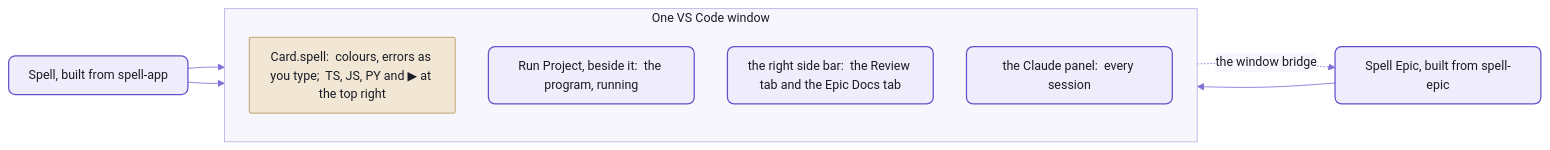
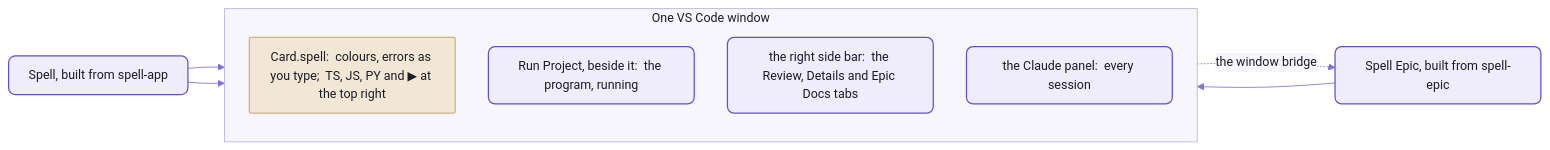
One commit to spell-app/spell changed the first of 2 diagrams in README-vscode.md. Above: the diagram before and after it, drawn with Mermaid. The commit also changed other lines of this file and 29 other files, not shown here.

````diff
--- a/README-vscode.md
+++ b/README-vscode.md
@@ -135,19 +135,19 @@
 ```mermaid
 %%{init: {"theme":"base","themeVariables":{"fontFamily":"-apple-system, BlinkMacSystemFont, Segoe UI, Helvetica, Arial, sans-serif","fontSize":"15px","primaryColor":"#EFECFB","primaryBorderColor":"#6550CA","primaryTextColor":"#1A1C27","secondaryColor":"#F4F1E9","tertiaryColor":"#F7F6FC","lineColor":"#7F6FD6","textColor":"#7F6FD6","clusterBkg":"#F7F6FC","clusterBorder":"#B9B0E8","titleColor":"#1A1C27","edgeLabelBackground":"#F7F6FC","actorBkg":"#EFECFB","actorBorder":"#6550CA","actorTextColor":"#1A1C27","actorLineColor":"#9C90DE","signalColor":"#7F6FD6","signalTextColor":"#7F6FD6","labelBoxBkgColor":"#EFECFB","labelBoxBorderColor":"#6550CA","labelTextColor":"#1A1C27","loopTextColor":"#7F6FD6","noteBkgColor":"#F1E7D4","noteBorderColor":"#C9B48A","noteTextColor":"#1A1C27","activationBkgColor":"#DCD6F7","activationBorderColor":"#6550CA","sequenceNumberColor":"#FFFFFF"},"flowchart":{"curve":"basis","padding":12,"nodeSpacing":40,"rankSpacing":44}}}%%
 flowchart LR
   subgraph window["One VS Code window"]
     direction TB
     file["Card.spell:  colours, errors as you type;  TS, JS, PY and ▶ at the top right"]
     run["Run Project, beside it:  the program, running"]
-    bar["the right side bar:  the Review tab and the Epic Docs tab"]
+    bar["the right side bar:  the Review, Details and Epic Docs tabs"]
     claude["the Claude panel:  every session"]
   end
   spell["Spell, built from spell-app"] --> file
   spell --> run
   epic["Spell Epic, built from spell-epic"] --> bar
   claude -. "the window bridge" .-> epic
   %% the Spell look:  yarn mermaid:pretty
   classDef default fill:#EFECFB,stroke:#6550CA,stroke-width:1.5px,color:#1A1C27,rx:8px,ry:8px
   classDef data fill:#F1E7D4,stroke:#C9B48A,stroke-width:1.5px,color:#1A1C27,rx:2px,ry:2px
   class file data
 ```
````
